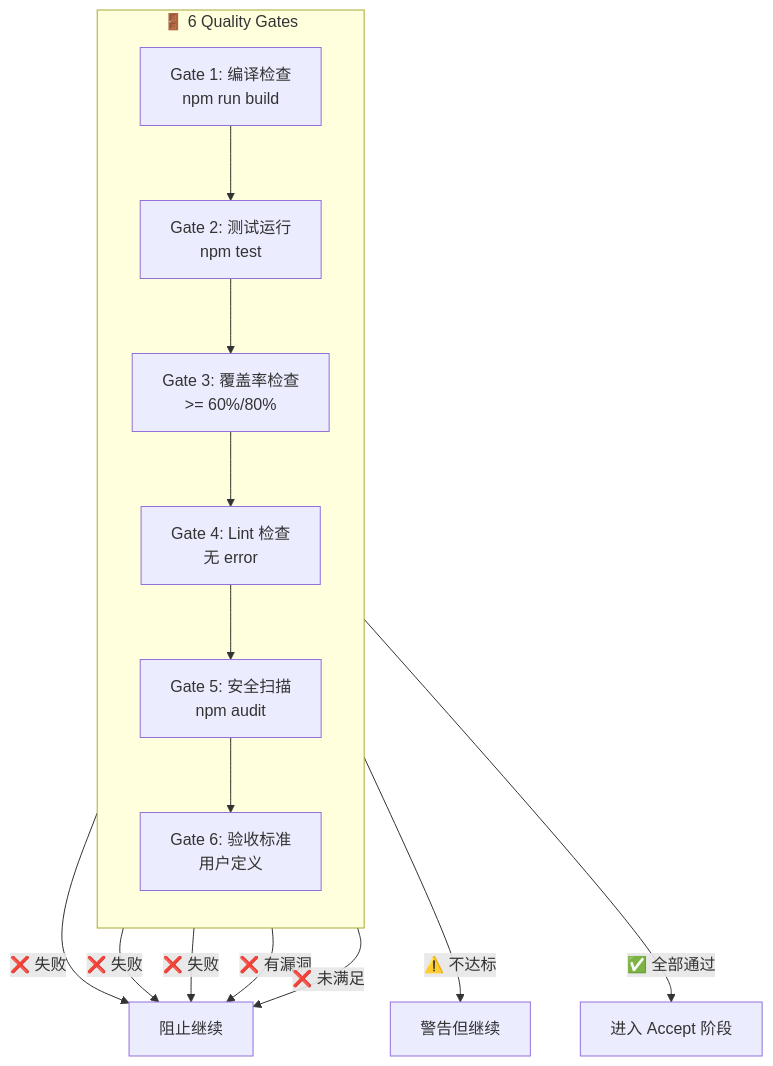
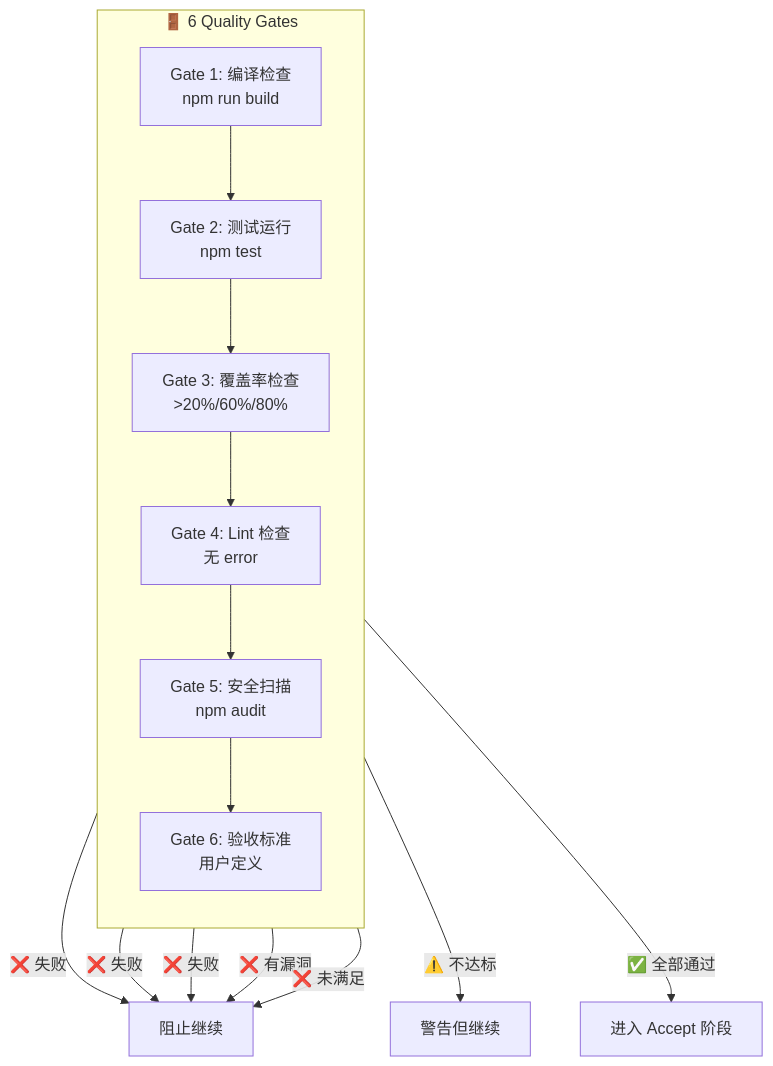
One commit to bigfish1913/openmatrix changed the fifth of 9 diagrams in docs/FLOW.md. Above: the diagram before and after it, drawn with Mermaid. The commit also changed 5 other files, not shown here.

````diff
--- a/docs/FLOW.md
+++ b/docs/FLOW.md
@@ -110,23 +110,23 @@
 ```mermaid
 flowchart TB
     subgraph Gates["🚪 6 Quality Gates"]
         direction TB
         G1["Gate 1: 编译检查<br/>npm run build"]
         G2["Gate 2: 测试运行<br/>npm test"]
-        G3["Gate 3: 覆盖率检查<br/>>= 60%/80%"]
+        G3["Gate 3: 覆盖率检查<br/>>20%/60%/80%"]
         G4["Gate 4: Lint 检查<br/>无 error"]
         G5["Gate 5: 安全扫描<br/>npm audit"]
         G6["Gate 6: 验收标准<br/>用户定义"]
 
         G1 --> G2 --> G3 --> G4 --> G5 --> G6
     end
 
     G1 -->|❌ 失败| FAIL["阻止继续"]
     G2 -->|❌ 失败| FAIL
     G3 -->|⚠️ 不达标| WARN["警告但继续"]
     G4 -->|❌ 失败| FAIL
     G5 -->|❌ 有漏洞| FAIL
     G6 -->|❌ 未满足| FAIL
 
     G6 -->|✅ 全部通过| PASS["进入 Accept 阶段"]
 ```
````
